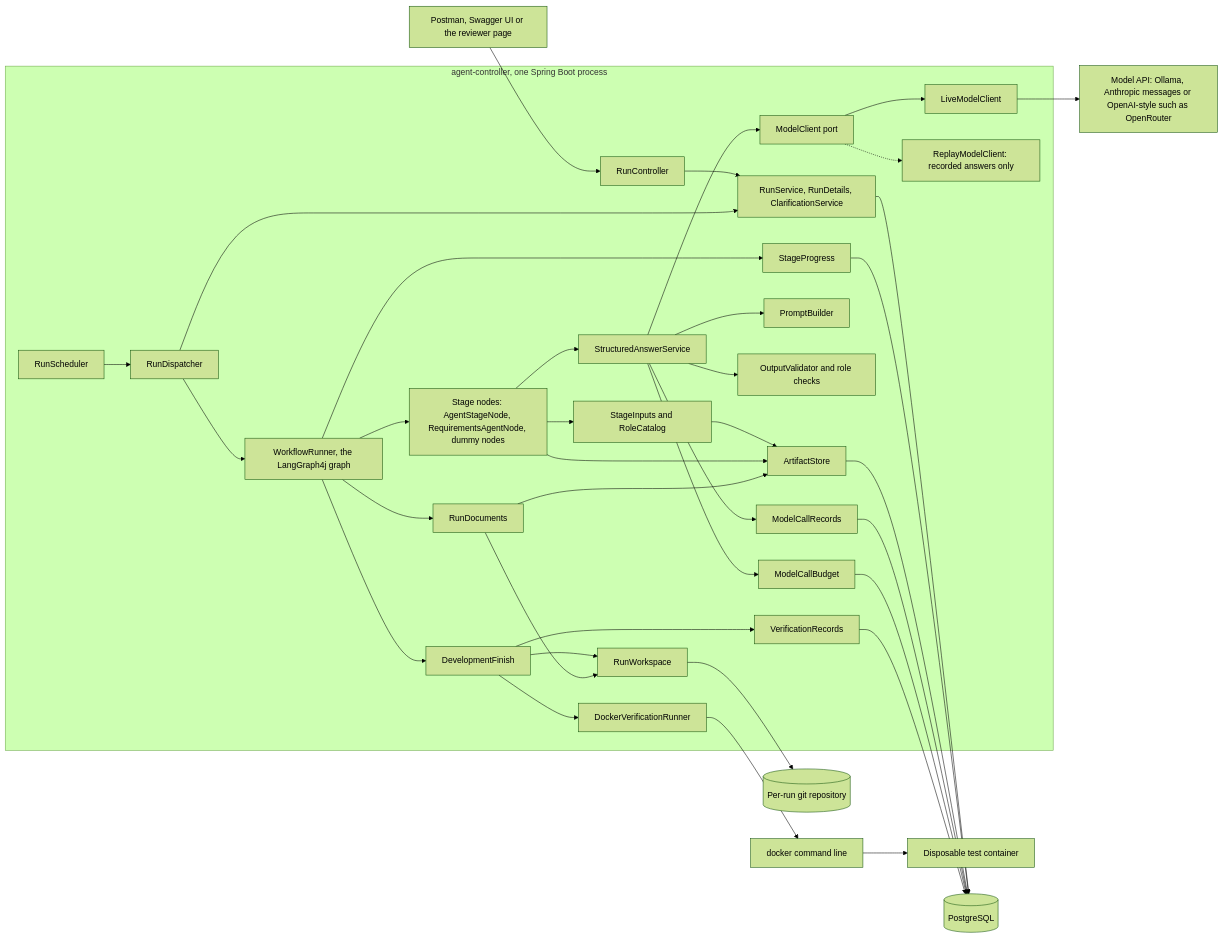
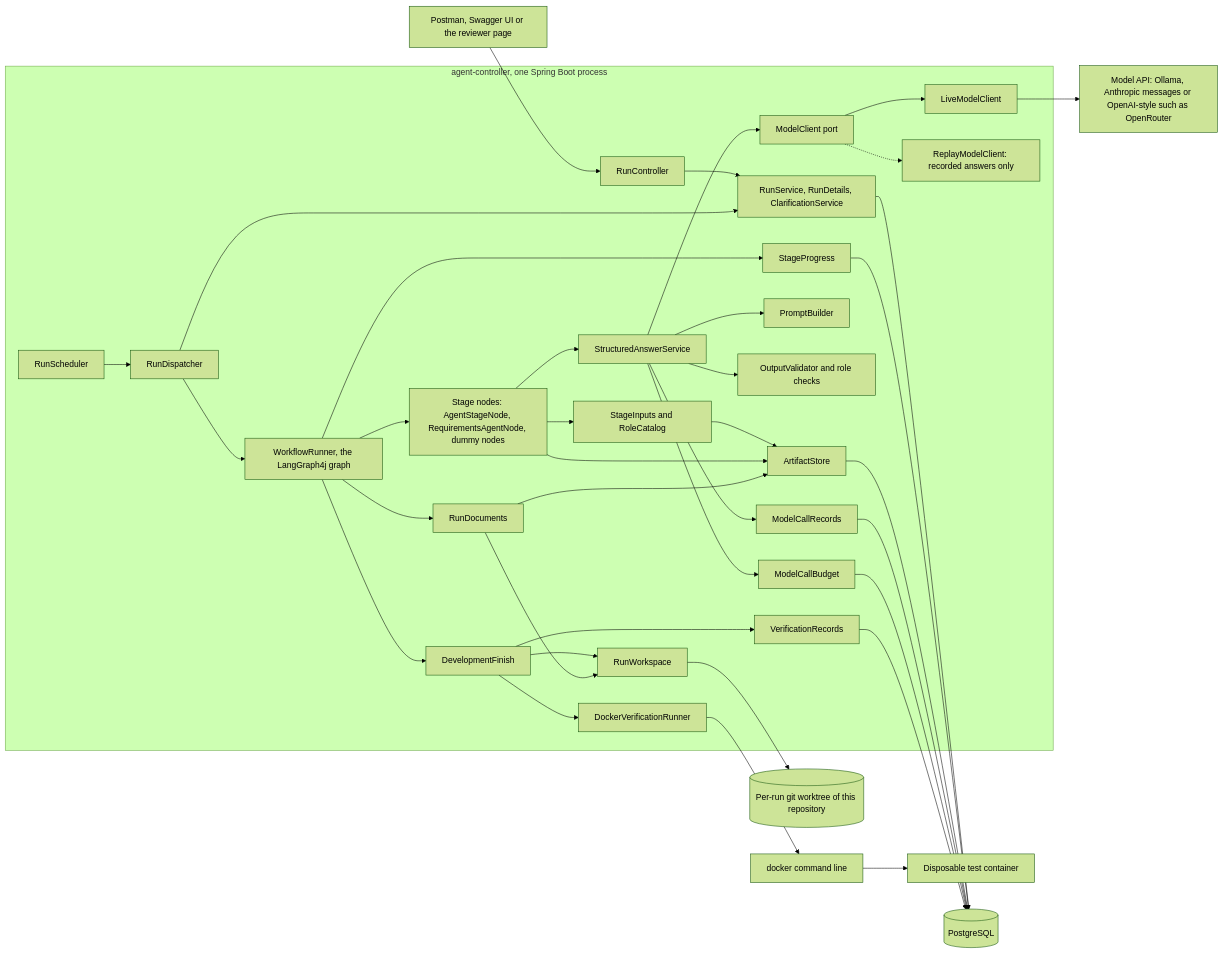
One commit to bereket1144/ai-sdlc-url-shortner changed the first of 4 diagrams in docs/platform/architecture.md. Above: the diagram before and after it, drawn with Mermaid (forest theme). The commit also changed other lines of this file and 22 other files, not shown here.

Commit message:
feat(controller): work on a branch of this repository in a git worktree instead of a separate repository (AGT-67, step 116) [development-agent]

````diff
--- a/docs/platform/architecture.md
+++ b/docs/platform/architecture.md
@@ -11,42 +11,42 @@
 ```mermaid
 flowchart LR
     Client["Postman, Swagger UI or the reviewer page"] --> API["RunController"]
 
     subgraph Controller["agent-controller, one Spring Boot process"]
         API --> RunSvc["RunService, RunDetails, ClarificationService"]
         Poller["RunScheduler"] --> Dispatcher["RunDispatcher"]
         Dispatcher --> RunSvc
         Dispatcher --> WF["WorkflowRunner, the LangGraph4j graph"]
         WF --> Nodes["Stage nodes: AgentStageNode, RequirementsAgentNode, dummy nodes"]
         WF --> Progress["StageProgress"]
         Nodes --> Inputs["StageInputs and RoleCatalog"]
         Inputs --> Artifacts["ArtifactStore"]
         Nodes --> Answers["StructuredAnswerService"]
         Nodes --> Artifacts
         Answers --> Prompts["PromptBuilder"]
         Answers --> Validator["OutputValidator and role checks"]
         Answers --> Budget["ModelCallBudget"]
         Answers --> Calls["ModelCallRecords"]
         Answers --> Port["ModelClient port"]
         Port --> Live["LiveModelClient"]
         Port -.-> Replay["ReplayModelClient: recorded answers only"]
         WF --> Finish["DevelopmentFinish"]
         Finish --> Workspace["RunWorkspace"]
         Finish --> Verifier["DockerVerificationRunner"]
         Finish --> Records["VerificationRecords"]
         WF --> Docs["RunDocuments"]
         Docs --> Artifacts
         Docs --> Workspace
     end
 
     Live --> Models["Model API: Ollama, Anthropic messages or OpenAI-style such as OpenRouter"]
-    Workspace --> Repo[("Per-run git repository")]
+    Workspace --> Repo[("Per-run git worktree of this repository")]
     Verifier --> Cli["docker command line"]
     Cli --> Box["Disposable test container"]
     RunSvc --> DB[("PostgreSQL")]
     Progress --> DB
     Artifacts --> DB
     Calls --> DB
     Budget --> DB
     Records --> DB
 ```
````
